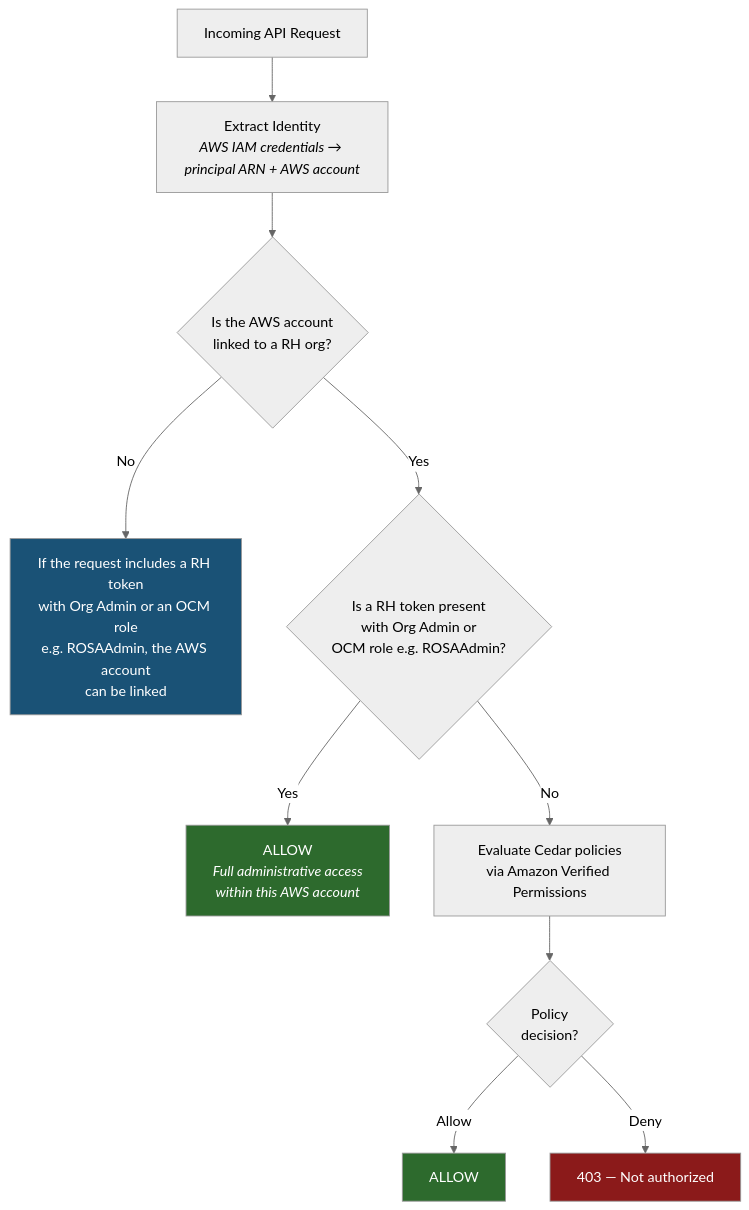
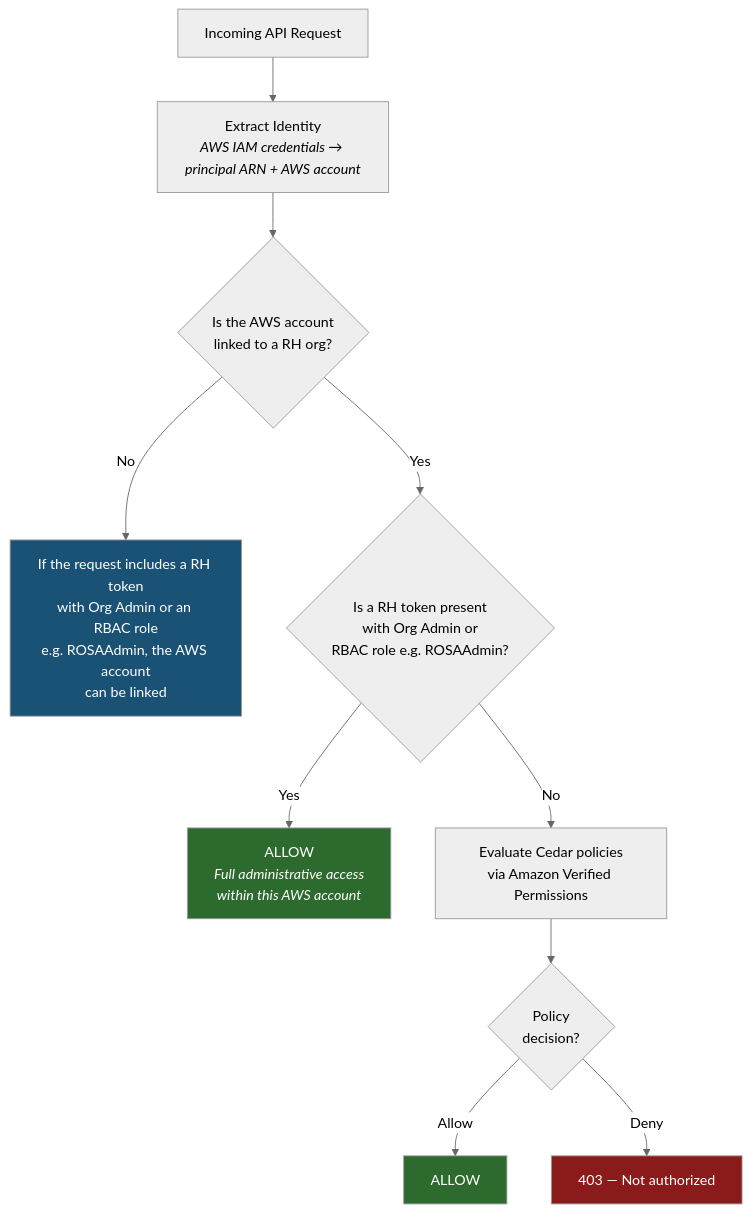
Before and after one commit to ravitri/rosa-hyperfleet-api: the diagram in docs/authz.md, drawn with Mermaid (neutral theme). The commit also changed other lines of this file, not shown here.

````diff
--- a/docs/authz.md
+++ b/docs/authz.md
@@ -19,22 +19,22 @@
 ```mermaid
 flowchart TD
     A[Incoming API Request] --> B[Extract Identity<br/><i>AWS IAM credentials → principal ARN + AWS account</i>]
 
     B --> C{Is the AWS account<br/>linked to a RH org?}
 
-    C -->|No| D[If the request includes a RH token<br/>with Org Admin or an OCM role<br/>e.g. ROSAAdmin, the AWS account<br/>can be linked]
+    C -->|No| D[If the request includes a RH token<br/>with Org Admin or an RBAC role<br/>e.g. ROSAAdmin, the AWS account<br/>can be linked]
 
-    C -->|Yes| E{Is a RH token present<br/>with Org Admin or<br/>OCM role e.g. ROSAAdmin?}
+    C -->|Yes| E{Is a RH token present<br/>with Org Admin or<br/>RBAC role e.g. ROSAAdmin?}
     E -->|Yes| F[ALLOW<br/><i>Full administrative access<br/>within this AWS account</i>]
 
     E -->|No| G[Evaluate Cedar policies<br/>via Amazon Verified Permissions]
 
     G --> H{Policy<br/>decision?}
     H -->|Allow| I[ALLOW]
     H -->|Deny| J[403 — Not authorized]
 
     style D fill:#1a5276,color:#fff
     style F fill:#2d6a2d,color:#fff
     style I fill:#2d6a2d,color:#fff
     style J fill:#8b1a1a,color:#fff
 ```
````
